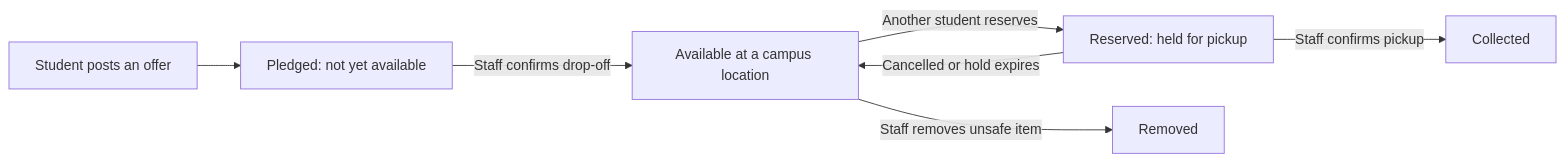
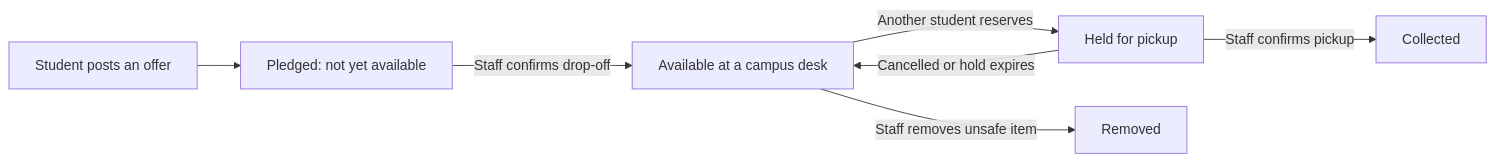
The second of 2 diagrams in SUBMISSION.md (OwenPawl/Basic-Needs-Finder), drawn with Mermaid before and after one commit. The commit also changed other lines of this file, not shown here.

````diff
--- a/SUBMISSION.md
+++ b/SUBMISSION.md
@@ -35,9 +44,9 @@
 ```mermaid
 flowchart LR
     A[Student posts an offer] --> B[Pledged: not yet available]
-    B -->|Staff confirms drop-off| C[Available at a campus location]
-    C -->|Another student reserves| D[Reserved: held for pickup]
+    B -->|Staff confirms drop-off| C[Available at a campus desk]
+    C -->|Another student reserves| D[Held for pickup]
     D -->|Cancelled or hold expires| C
     D -->|Staff confirms pickup| E[Collected]
     C -->|Staff removes unsafe item| F[Removed]
 ```
````
